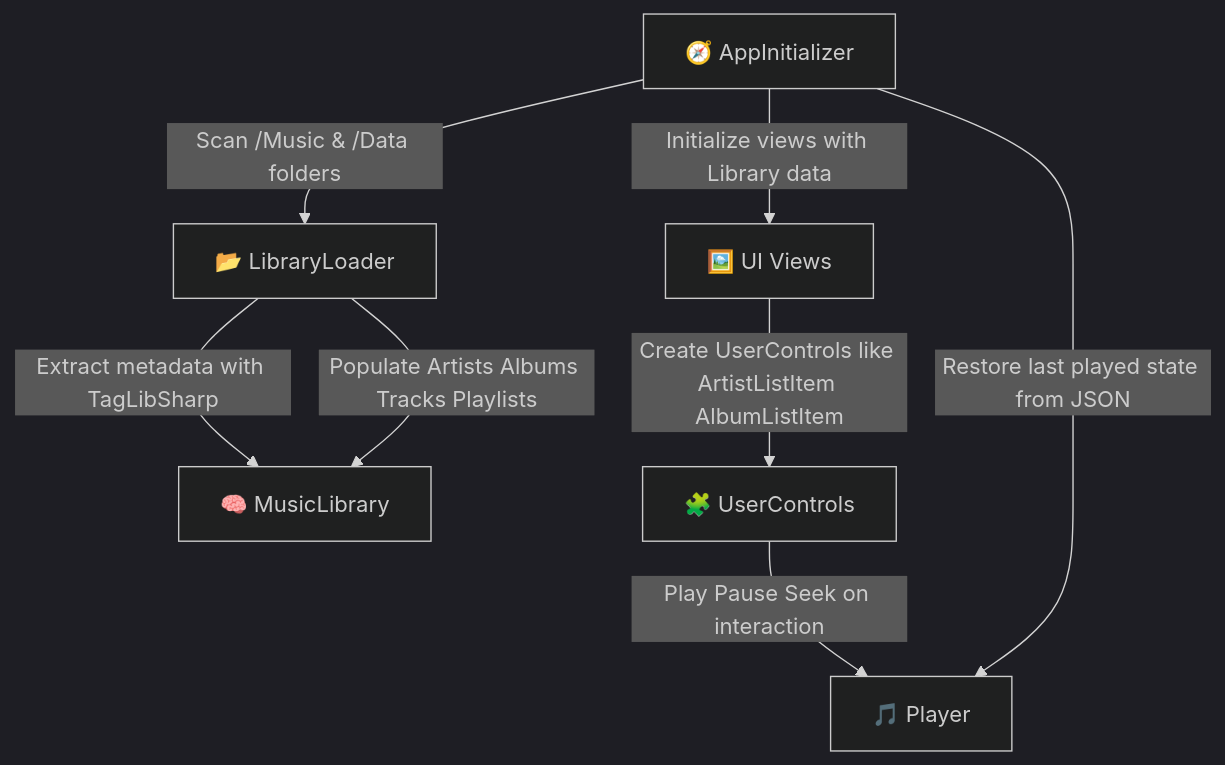
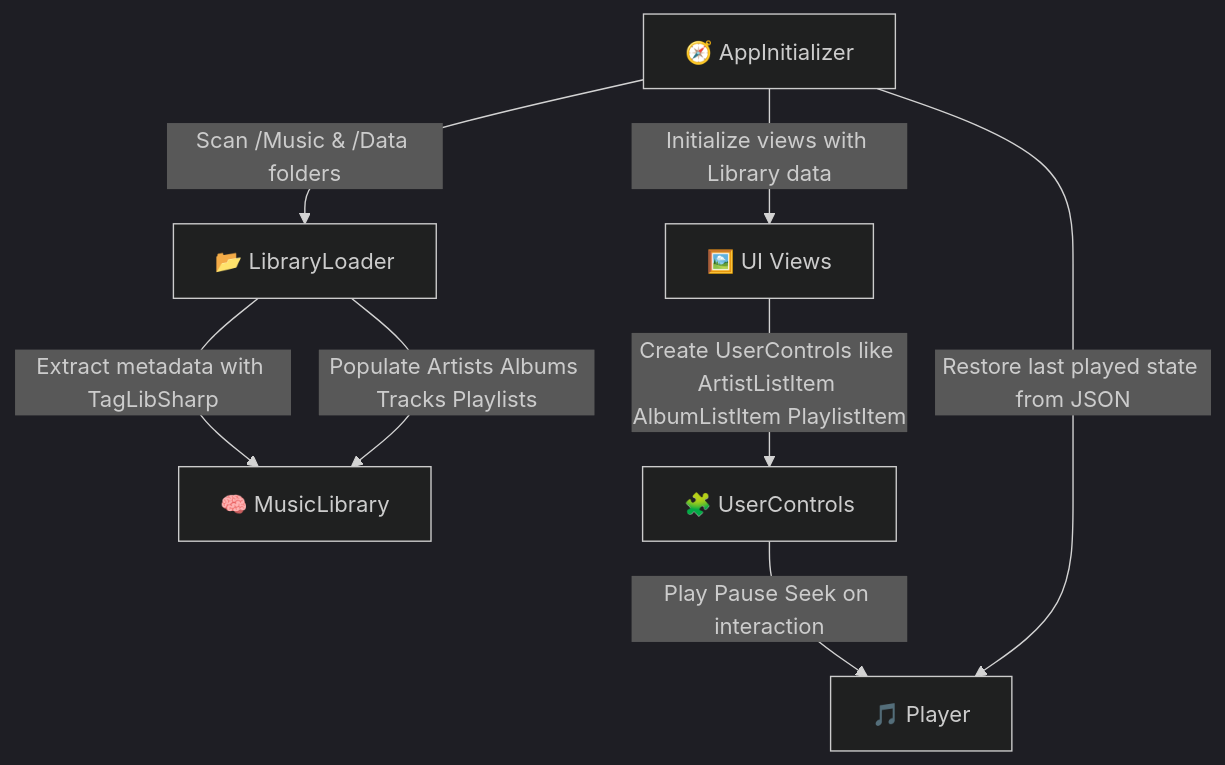
Before and after one commit to AlexPlec/Audio-256: the second of 2 diagrams in docs/components.md, drawn with Mermaid (dark theme). The commit also changed 2 other files, not shown here.

````diff
--- a/docs/components.md
+++ b/docs/components.md
@@ -107,11 +107,11 @@
 ```mermaid
 graph TD
     AppInitializer["🧭 AppInitializer"] -->|Scan /Music & /Data folders| LibraryLoader["📂 LibraryLoader"]
     LibraryLoader -->|Extract metadata with TagLibSharp| MusicLibrary["🧠 MusicLibrary"]
     LibraryLoader -->|Populate Artists Albums Tracks Playlists| MusicLibrary
     AppInitializer -->|Initialize views with Library data| Views["🖼️ UI Views"]
-    Views -->|Create UserControls like ArtistListItem AlbumListItem| UserControls["🧩 UserControls"]
+    Views -->|Create UserControls like ArtistListItem AlbumListItem PlaylistItem| UserControls["🧩 UserControls"]
     UserControls -->|Play Pause Seek on interaction| Player["🎵 Player"]
     AppInitializer -->|Restore last played state from JSON| Player
 
 ```
````
